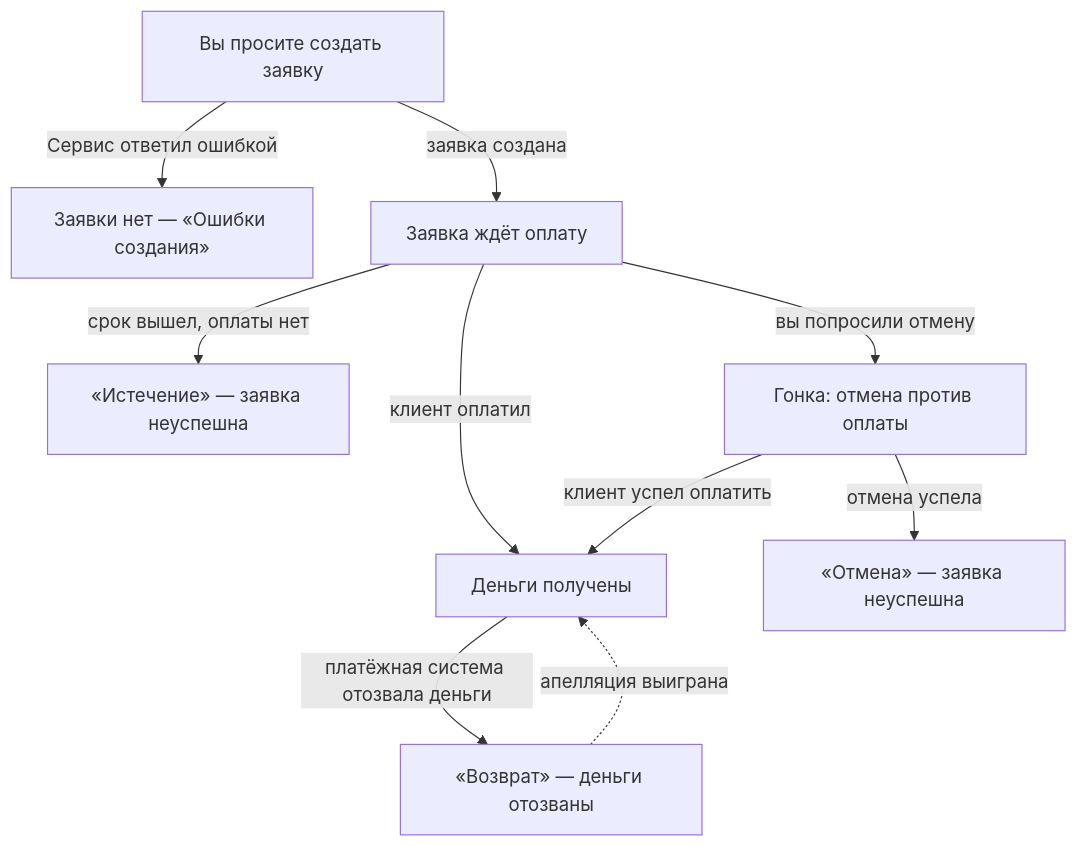
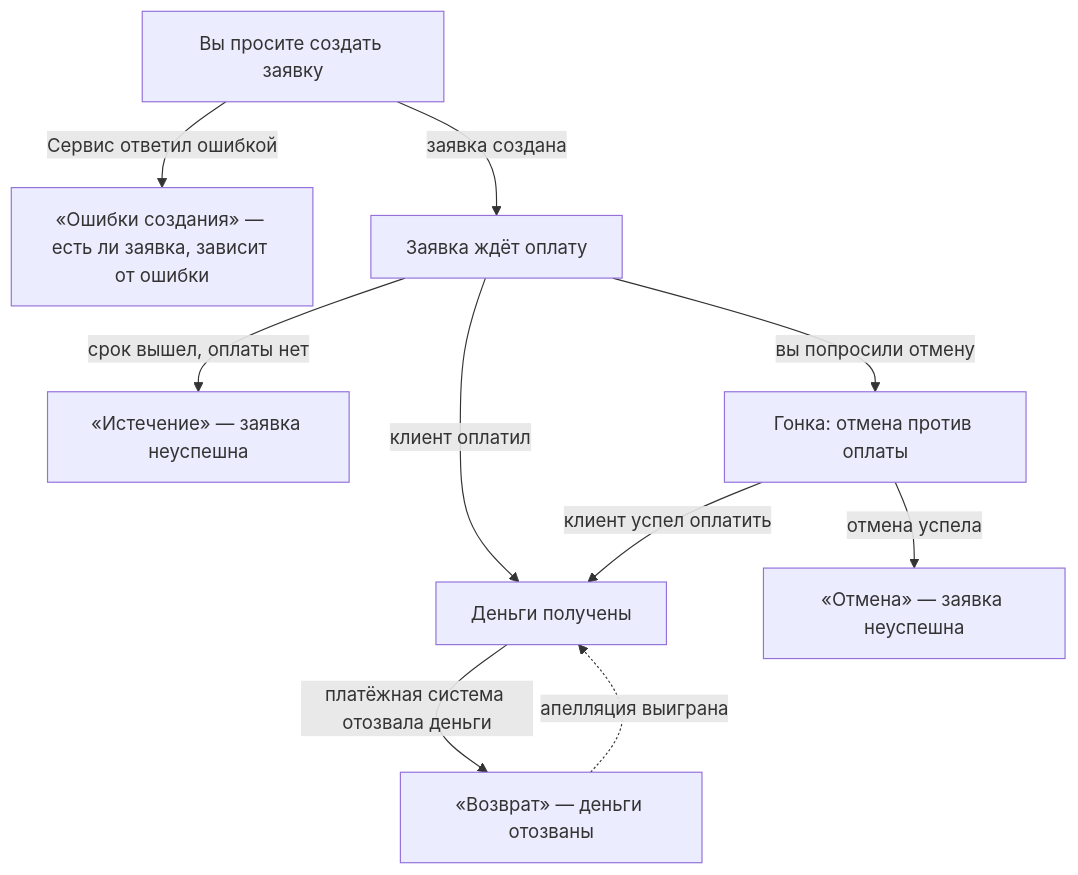
Before and after one commit to stashilin/aggr-docs: the diagram in scenarios-exceptions.mdx, drawn with Mermaid. The commit also changed other lines of this file and 1 other file, not shown here.

````diff
--- a/scenarios-exceptions.mdx
+++ b/scenarios-exceptions.mdx
@@ -15,12 +15,12 @@
 ```mermaid
 flowchart TD
-    create[Вы просите создать заявку] -->|Сервис ответил ошибкой| errors[Заявки нет — «Ошибки создания»]
+    create[Вы просите создать заявку] -->|Сервис ответил ошибкой| errors[«Ошибки создания» — есть ли заявка, зависит от ошибки]
     create -->|заявка создана| waiting[Заявка ждёт оплату]
     waiting -->|клиент оплатил| paid[Деньги получены]
     waiting -->|срок вышел, оплаты нет| expired[«Истечение» — заявка неуспешна]
     waiting -->|вы попросили отмену| race[Гонка: отмена против оплаты]
     race -->|отмена успела| canceled[«Отмена» — заявка неуспешна]
     race -->|клиент успел оплатить| paid
     paid -->|платёжная система отозвала деньги| reversed[«Возврат» — деньги отозваны]
     reversed -.->|апелляция выиграна| paid
 ```
````
